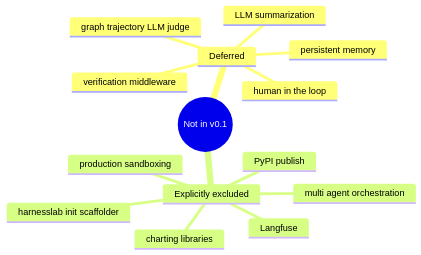
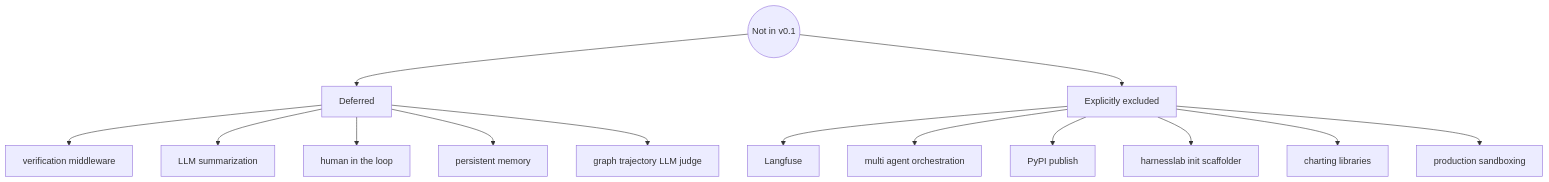
Before and after one commit to HOSH19/HarnessLab: the seventh of 7 diagrams in README.md, drawn with Mermaid. The commit also changed 1 other file, not shown here.

Commit message:
Fix out-of-scope diagram so all branches link to root.
Replace unreliable mindmap with flowchart because GitHub Mermaid often
orphans the first sibling branch in mindmap layouts.

````diff
--- a/README.md
+++ b/README.md
@@ -168,17 +168,19 @@
 ```mermaid
-mindmap
-  root((Not in v0.1))
-    Deferred
-      verification middleware
-      LLM summarization
-      human in the loop
-      persistent memory
-      graph trajectory LLM judge
-    Explicitly excluded
-      Langfuse
-      multi agent orchestration
-      PyPI publish
-      harnesslab init scaffolder
-      charting libraries
-      production sandboxing
+flowchart TB
+    Root((Not in v0.1))
+    Root --> Deferred[Deferred]
+    Root --> Excluded[Explicitly excluded]
+
+    Deferred --> D1[verification middleware]
+    Deferred --> D2[LLM summarization]
+    Deferred --> D3[human in the loop]
+    Deferred --> D4[persistent memory]
+    Deferred --> D5[graph trajectory LLM judge]
+
+    Excluded --> E1[Langfuse]
+    Excluded --> E2[multi agent orchestration]
+    Excluded --> E3[PyPI publish]
+    Excluded --> E4[harnesslab init scaffolder]
+    Excluded --> E5[charting libraries]
+    Excluded --> E6[production sandboxing]
 ```
````
